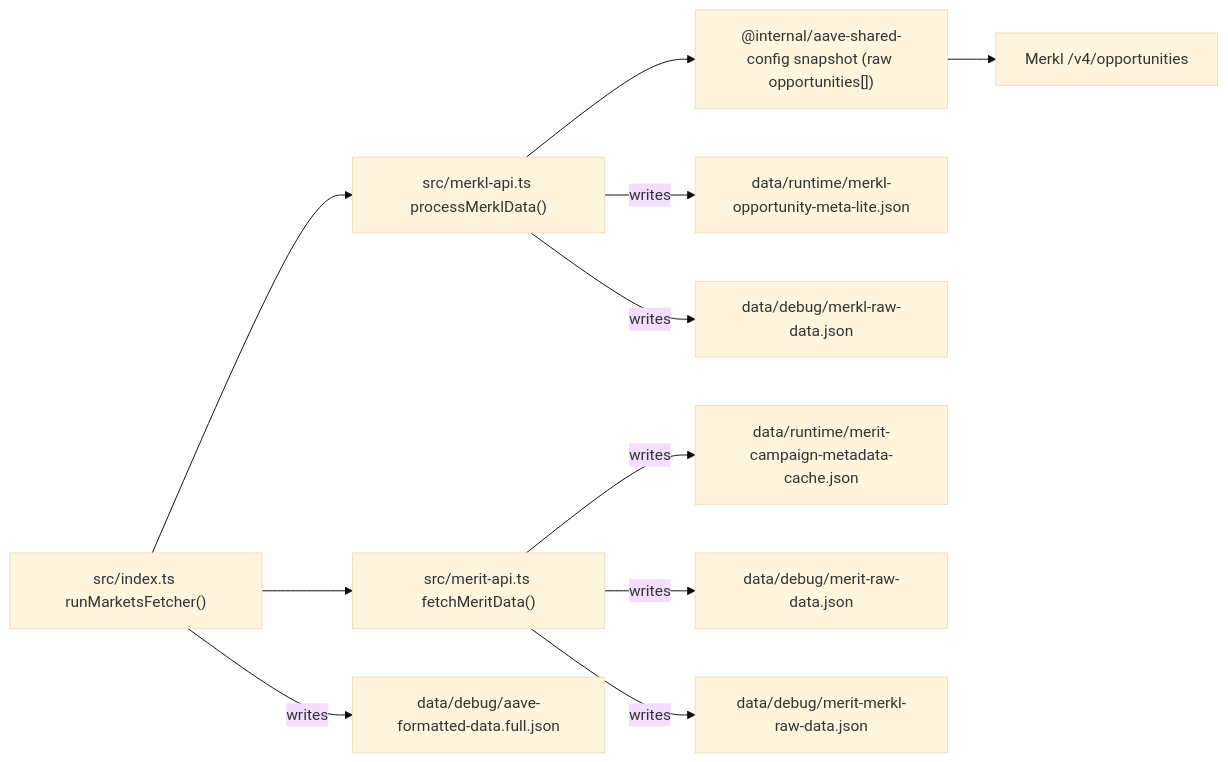
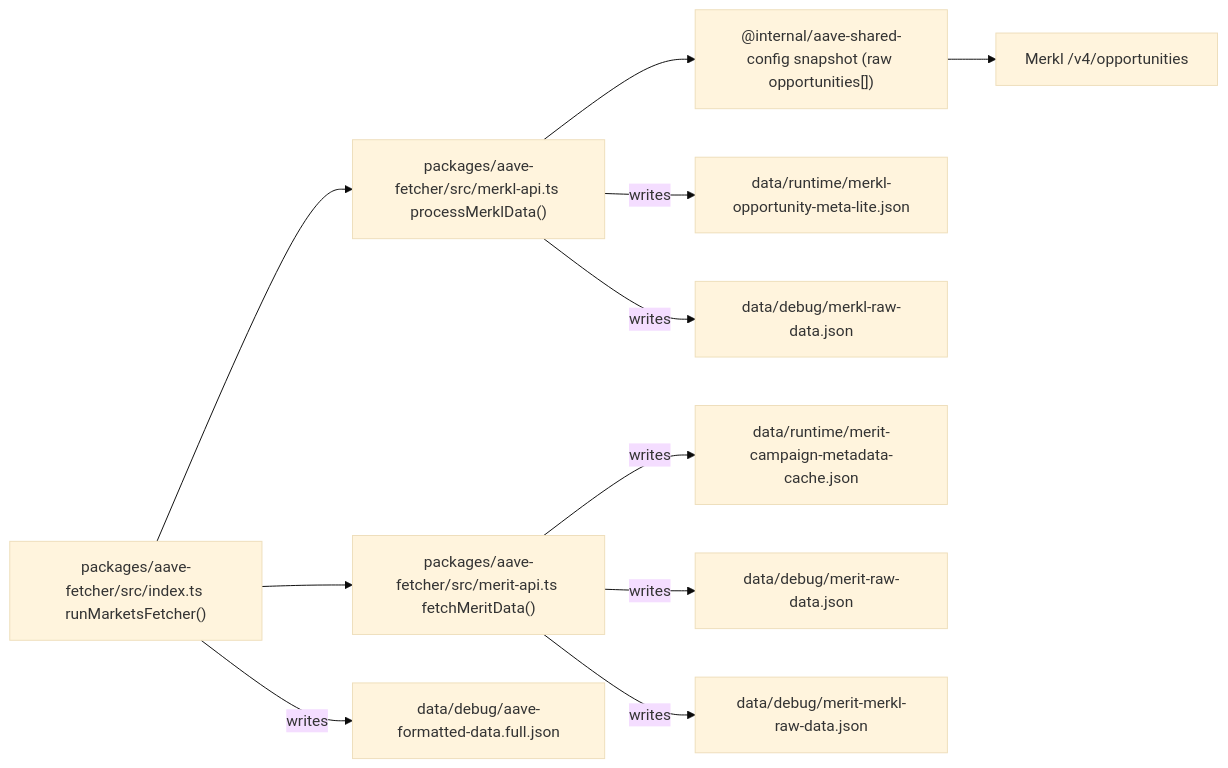
Before and after one commit to 0xPabloLI/aave-protocol-analysis: the second of 5 diagrams in docs/merkl-merit-cache-architecture.md, drawn with Mermaid (base theme). The commit also changed other lines of this file and 14 other files, not shown here.

````diff
--- a/docs/merkl-merit-cache-architecture.md
+++ b/docs/merkl-merit-cache-architecture.md
@@ -61,13 +61,13 @@
 ```mermaid
 flowchart LR
-  A["src/index.ts runMarketsFetcher()"] --> B["src/merkl-api.ts processMerklData()"]
+  A["packages/aave-fetcher/src/index.ts runMarketsFetcher()"] --> B["packages/aave-fetcher/src/merkl-api.ts processMerklData()"]
   B --> C["@internal/aave-shared-config snapshot (raw opportunities[])"]
   C --> D["Merkl /v4/opportunities"]
   B -- "writes" --> E["data/runtime/merkl-opportunity-meta-lite.json"]
   B -- "writes" --> F["data/debug/merkl-raw-data.json"]
-  A --> G["src/merit-api.ts fetchMeritData()"]
+  A --> G["packages/aave-fetcher/src/merit-api.ts fetchMeritData()"]
   G -- "writes" --> H["data/runtime/merit-campaign-metadata-cache.json"]
   G -- "writes" --> I["data/debug/merit-raw-data.json"]
   G -- "writes" --> J["data/debug/merit-merkl-raw-data.json"]
    A -- "writes" --> K["data/debug/aave-formatted-data.full.json"]
 ```
````
